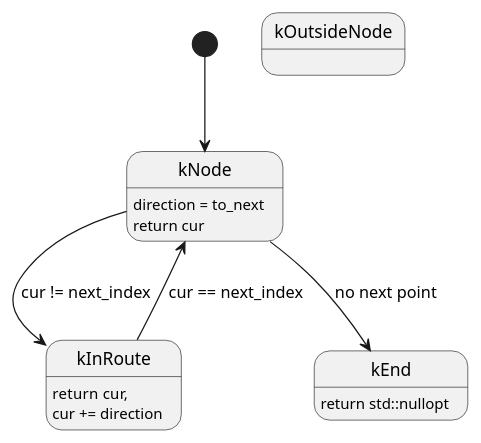
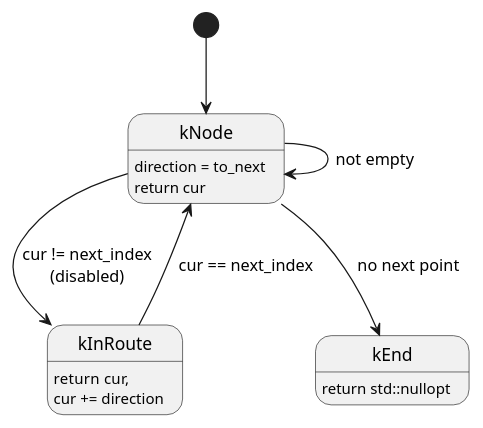
The diagram in src/router/route_iterator_state_machine.pu (SimonKagstrom/maelir), drawn with PlantUML before and after one commit. The commit also changed 7 other files, not shown here.

```diff
--- a/src/router/route_iterator_state_machine.pu
+++ b/src/router/route_iterator_state_machine.pu
@@ -1,14 +1,14 @@
 @startuml
 
 state kNode : direction = to_next\nreturn cur
-state kOutsideNode
 state kInRoute : return cur,\ncur += direction
 state kEnd : return std::nullopt
 
 [*] --> kNode
-kNode --> kInRoute : cur != next_index
+kNode --> kInRoute : cur != next_index\n(disabled)
+kNode --> kNode : not empty
 kNode --> kEnd : no next point
 
 kInRoute --> kNode : cur == next_index
 
 @enduml
```
